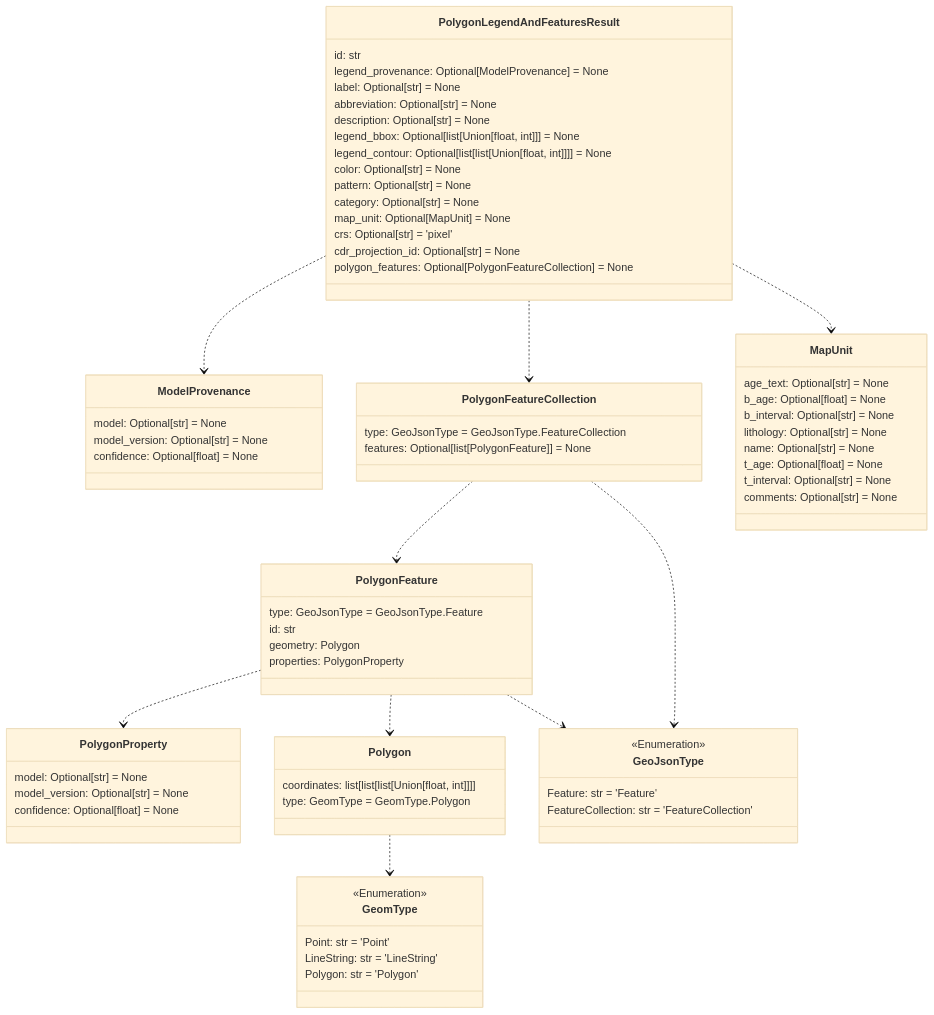
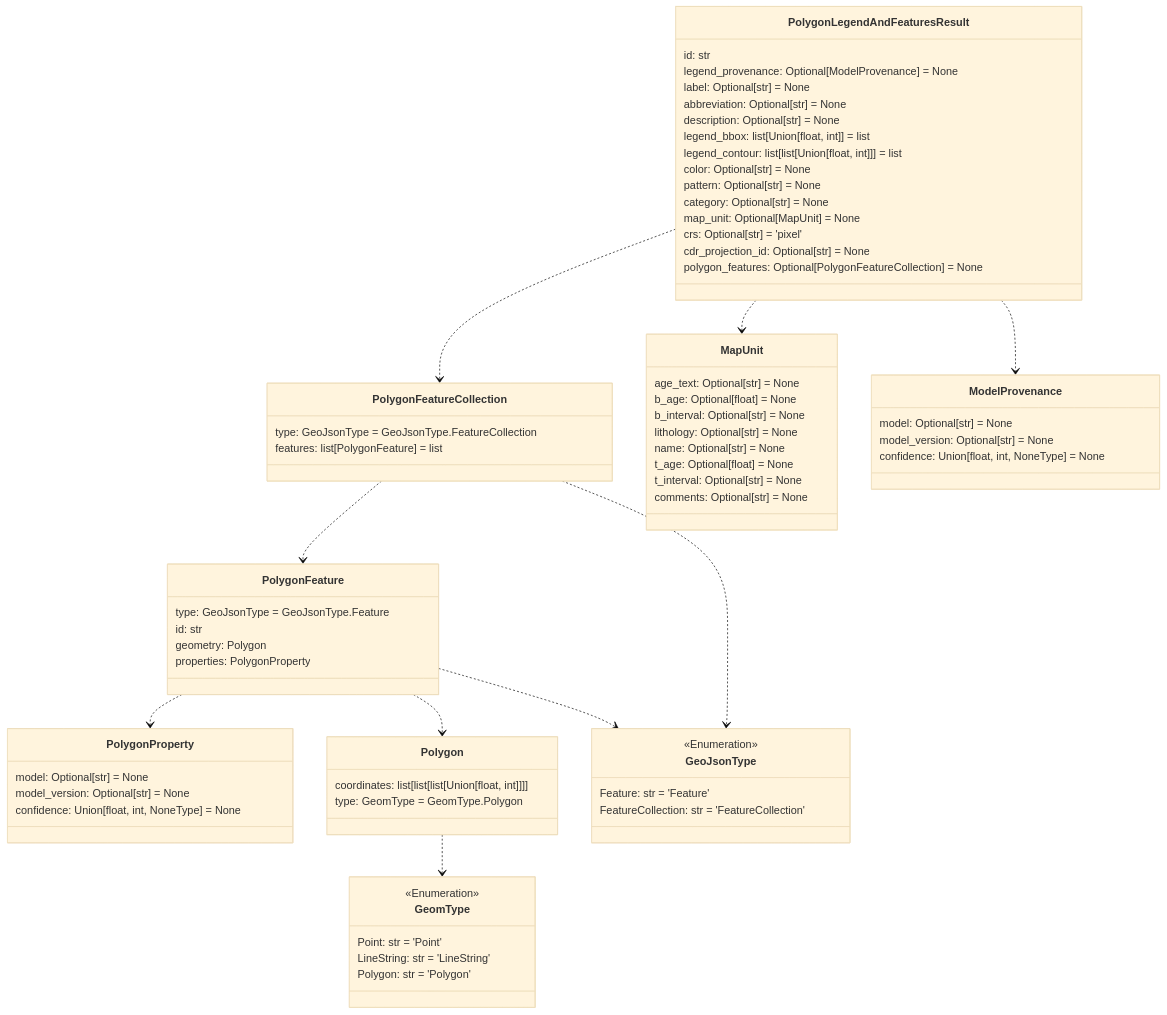
Before and after one commit to DARPA-CRITICALMAAS/cdr_schemas: the seventh of 12 diagrams in README.md, drawn with Mermaid (base theme). The commit also changed other lines of this file and 7 other files, not shown here.

````diff
--- a/README.md
+++ b/README.md
@@ -520,11 +520,5 @@
 ```mermaid
 classDiagram
-
-    class ModelProvenance {
-        model: Optional[str] = None
-        model_version: Optional[str] = None
-        confidence: Optional[float] = None
-    }
 
     class PolygonFeature {
         type: GeoJsonType = GeoJsonType.Feature
@@ -533,15 +527,39 @@
         properties: PolygonProperty
     }
 
-    class PolygonFeatureCollection {
-        type: GeoJsonType = GeoJsonType.FeatureCollection
-        features: Optional[list[PolygonFeature]] = None
-    }
-
     class PolygonProperty {
         model: Optional[str] = None
         model_version: Optional[str] = None
-        confidence: Optional[float] = None
+        confidence: Union[float, int, NoneType] = None
+    }
+
+    class PolygonFeatureCollection {
+        type: GeoJsonType = GeoJsonType.FeatureCollection
+        features: list[PolygonFeature] = list
+    }
+
+    class MapUnit {
+        age_text: Optional[str] = None
+        b_age: Optional[float] = None
+        b_interval: Optional[str] = None
+        lithology: Optional[str] = None
+        name: Optional[str] = None
+        t_age: Optional[float] = None
+        t_interval: Optional[str] = None
+        comments: Optional[str] = None
+    }
+
+    class GeomType {
+        <<Enumeration>>
+        Point: str = 'Point'
+        LineString: str = 'LineString'
+        Polygon: str = 'Polygon'
+    }
+
+    class ModelProvenance {
+        model: Optional[str] = None
+        model_version: Optional[str] = None
+        confidence: Union[float, int, NoneType] = None
     }
 
     class Polygon {
@@ -561,8 +579,8 @@
         label: Optional[str] = None
         abbreviation: Optional[str] = None
         description: Optional[str] = None
-        legend_bbox: Optional[list[Union[float, int]]] = None
-        legend_contour: Optional[list[list[Union[float, int]]]] = None
+        legend_bbox: list[Union[float, int]] = list
+        legend_contour: list[list[Union[float, int]]] = list
         color: Optional[str] = None
         pattern: Optional[str] = None
         category: Optional[str] = None
@@ -572,30 +590,12 @@
         polygon_features: Optional[PolygonFeatureCollection] = None
     }
 
-    class GeomType {
-        <<Enumeration>>
-        Point: str = 'Point'
-        LineString: str = 'LineString'
-        Polygon: str = 'Polygon'
-    }
-
-    class MapUnit {
-        age_text: Optional[str] = None
-        b_age: Optional[float] = None
-        b_interval: Optional[str] = None
-        lithology: Optional[str] = None
-        name: Optional[str] = None
-        t_age: Optional[float] = None
-        t_interval: Optional[str] = None
-        comments: Optional[str] = None
-    }
-
     Polygon ..> GeomType
+    PolygonFeature ..> PolygonProperty
     PolygonFeature ..> Polygon
     PolygonFeature ..> GeoJsonType
-    PolygonFeature ..> PolygonProperty
+    PolygonFeatureCollection ..> PolygonFeature
     PolygonFeatureCollection ..> GeoJsonType
-    PolygonFeatureCollection ..> PolygonFeature
     PolygonLegendAndFeaturesResult ..> PolygonFeatureCollection
     PolygonLegendAndFeaturesResult ..> MapUnit
     PolygonLegendAndFeaturesResult ..> ModelProvenance
````
